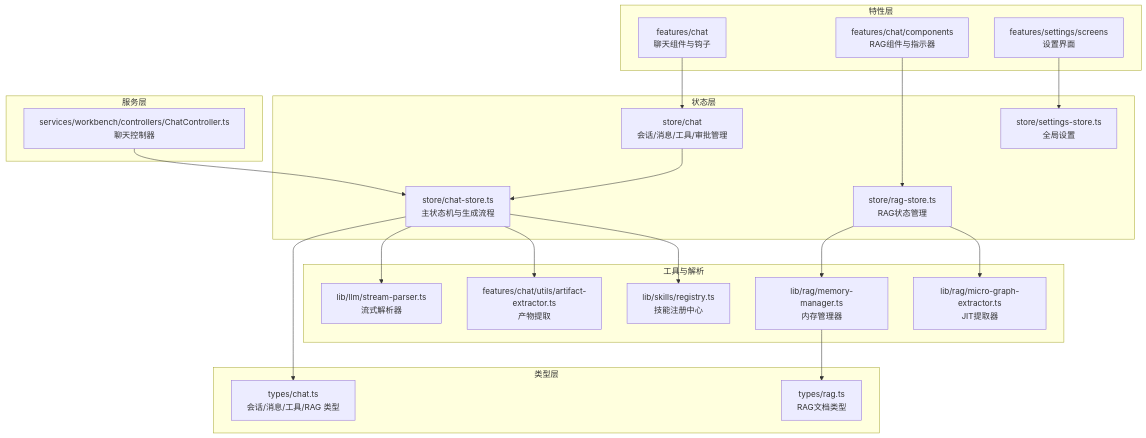
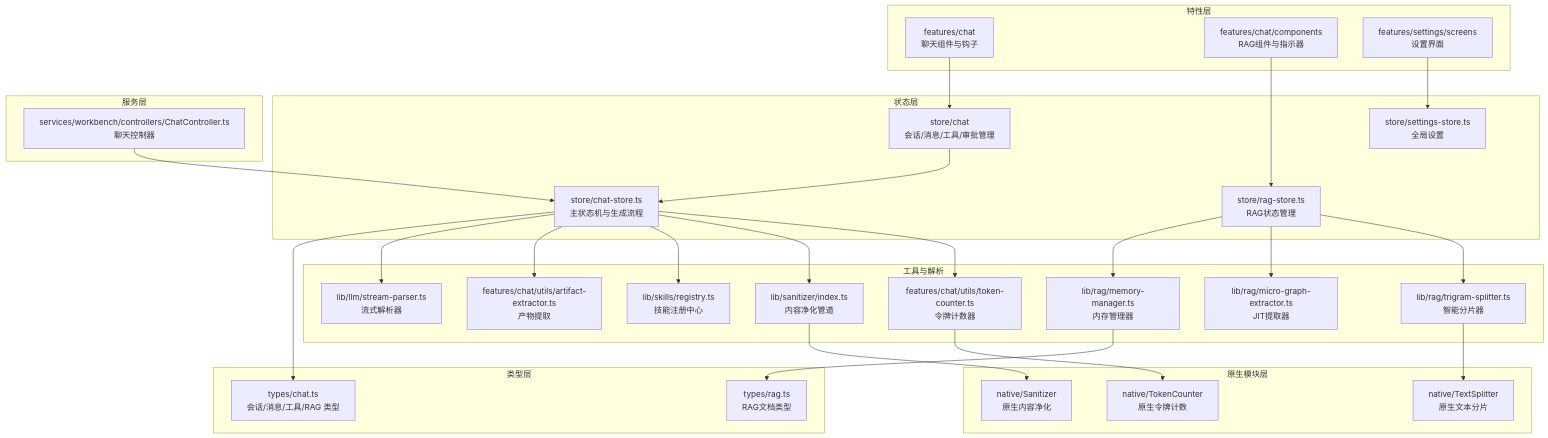
The first of 21 diagrams in .qoder/repowiki/zh/content/聊天系统详解/聊天系统详解.md (NarcisWL/Nexara), drawn with Mermaid before and after one commit. The commit also changed other lines of this file and 5 other files, not shown here.

````diff
--- a/.qoder/repowiki/zh/content/聊天系统详解/聊天系统详解.md
+++ b/.qoder/repowiki/zh/content/聊天系统详解/聊天系统详解.md
@@ -61,40 +74,54 @@
 ```mermaid
 graph TB
 subgraph "特性层"
 FE_Chat["features/chat<br/>聊天组件与钩子"]
 FE_Rag["features/chat/components<br/>RAG组件与指示器"]
 FE_Settings["features/settings/screens<br/>设置界面"]
 end
 subgraph "状态层"
 StoreChat["store/chat<br/>会话/消息/工具/审批管理"]
 StoreMain["store/chat-store.ts<br/>主状态机与生成流程"]
 StoreRag["store/rag-store.ts<br/>RAG状态管理"]
 StoreSettings["store/settings-store.ts<br/>全局设置"]
 end
 subgraph "服务层"
 Ctrl["services/workbench/controllers/ChatController.ts<br/>聊天控制器"]
 end
 subgraph "类型层"
 Types["types/chat.ts<br/>会话/消息/工具/RAG 类型"]
 TypesRag["types/rag.ts<br/>RAG文档类型"]
 end
 subgraph "工具与解析"
 StreamParser["lib/llm/stream-parser.ts<br/>流式解析器"]
 ArtifactExt["features/chat/utils/artifact-extractor.ts<br/>产物提取"]
 SkillReg["lib/skills/registry.ts<br/>技能注册中心"]
 MemMgr["lib/rag/memory-manager.ts<br/>内存管理器"]
 JIT["lib/rag/micro-graph-extractor.ts<br/>JIT提取器"]
+Sanitizer["lib/sanitizer/index.ts<br/>内容净化管道"]
+TextSplitter["lib/rag/trigram-splitter.ts<br/>智能分片器"]
+TokenCounter["features/chat/utils/token-counter.ts<br/>令牌计数器"]
+end
+subgraph "原生模块层"
+NativeSanitizer["native/Sanitizer<br/>原生内容净化"]
+NativeTextSplitter["native/TextSplitter<br/>原生文本分片"]
+NativeTokenCounter["native/TokenCounter<br/>原生令牌计数"]
 end
 FE_Chat --> StoreChat
 FE_Rag --> StoreRag
 FE_Settings --> StoreSettings
 StoreChat --> StoreMain
 Ctrl --> StoreMain
 StoreMain --> Types
 StoreMain --> StreamParser
 StoreMain --> ArtifactExt
 StoreMain --> SkillReg
 StoreRag --> MemMgr
 StoreRag --> JIT
+StoreRag --> TextSplitter
+StoreMain --> Sanitizer
+StoreMain --> TokenCounter
+Sanitizer --> NativeSanitizer
+TextSplitter --> NativeTextSplitter
+TokenCounter --> NativeTokenCounter
 MemMgr --> TypesRag
 ```
````
